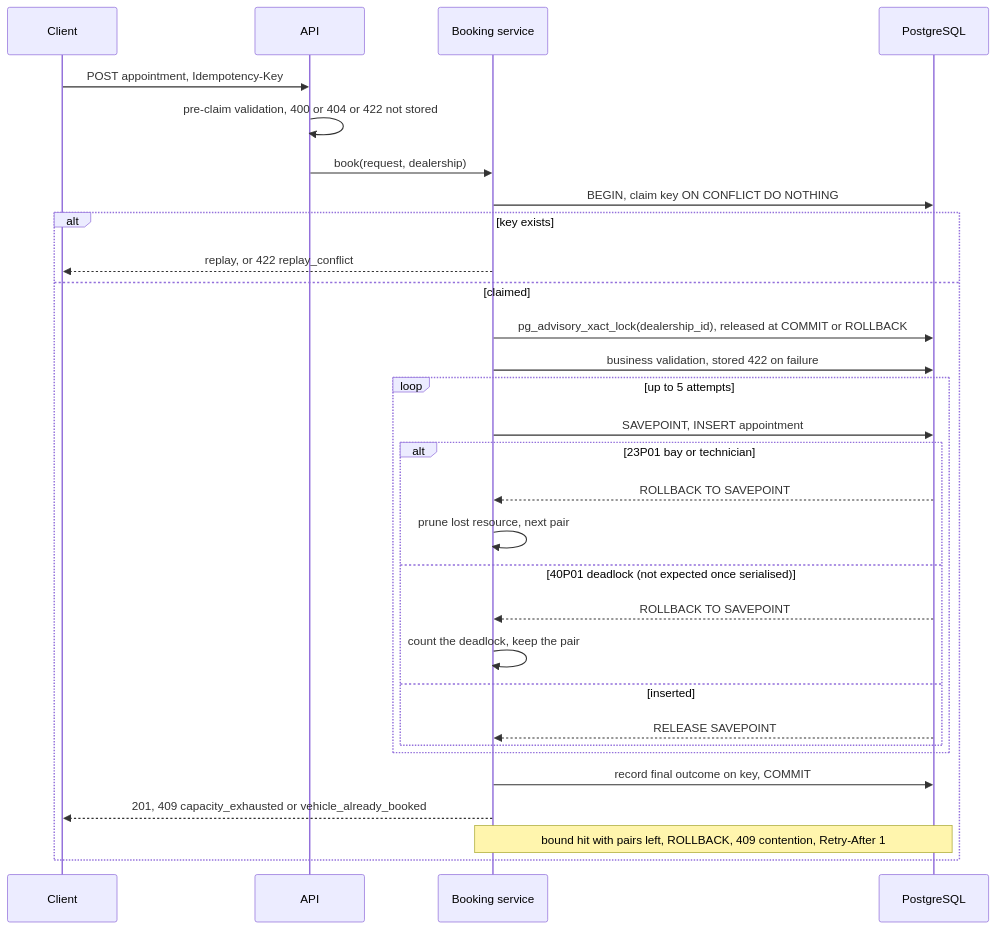
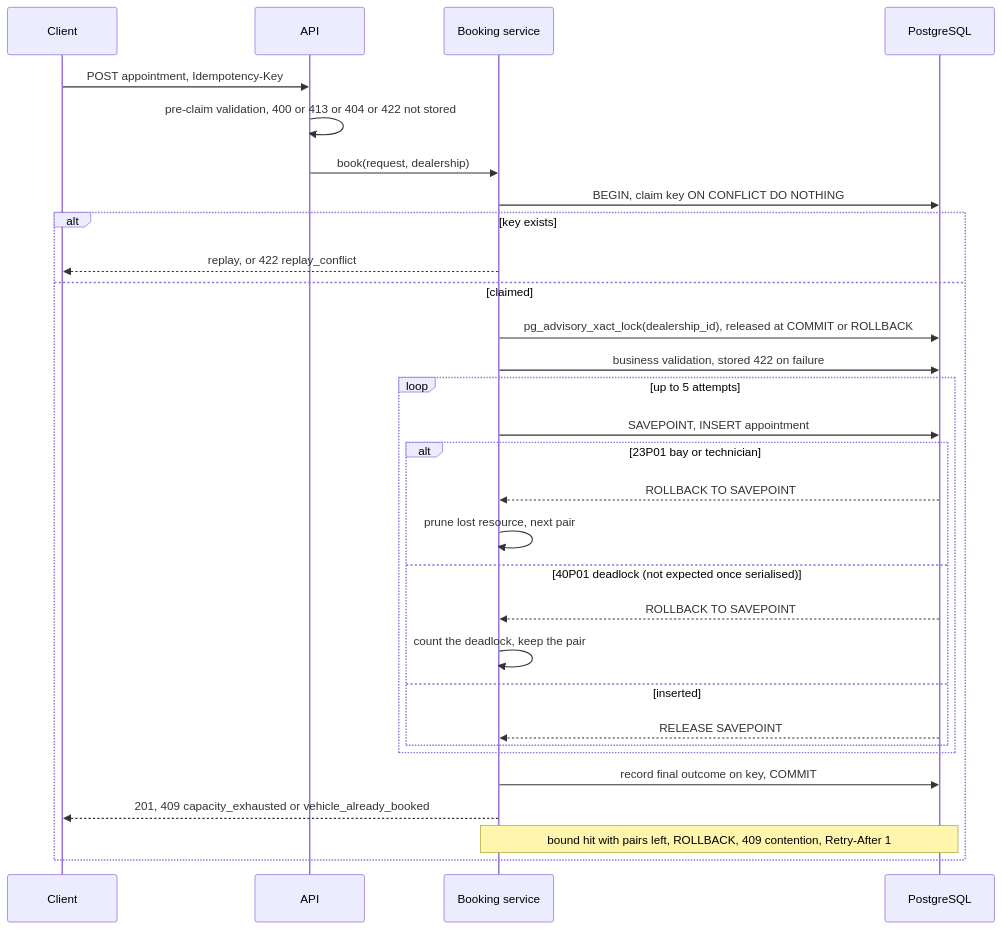
The third of 6 diagrams in docs/design.md (tpthian/keyloop-technical-assessment-scenario-a-backend), drawn with Mermaid before and after one commit. The commit also changed other lines of this file and 4 other files, not shown here.

Commit message:
SPEC-001 T20: 413 named in every pre-claim list; /docs gating stated as deferred; README counts (design §7, ADR-014)

````diff
--- a/docs/design.md
+++ b/docs/design.md
@@ -104,32 +104,32 @@
 ```mermaid
 sequenceDiagram
     participant C as Client
     participant A as API
     participant S as Booking service
     participant D as PostgreSQL
     C->>A: POST appointment, Idempotency-Key
-    A->>A: pre-claim validation, 400 or 404 or 422 not stored
+    A->>A: pre-claim validation, 400 or 413 or 404 or 422 not stored
     A->>S: book(request, dealership)
     S->>D: BEGIN, claim key ON CONFLICT DO NOTHING
     alt key exists
         S-->>C: replay, or 422 replay_conflict
     else claimed
         S->>D: pg_advisory_xact_lock(dealership_id), released at COMMIT or ROLLBACK
         S->>D: business validation, stored 422 on failure
         loop up to 5 attempts
             S->>D: SAVEPOINT, INSERT appointment
             alt 23P01 bay or technician
                 D-->>S: ROLLBACK TO SAVEPOINT
                 S->>S: prune lost resource, next pair
             else 40P01 deadlock (not expected once serialised)
                 D-->>S: ROLLBACK TO SAVEPOINT
                 S->>S: count the deadlock, keep the pair
             else inserted
                 D-->>S: RELEASE SAVEPOINT
             end
         end
         S->>D: record final outcome on key, COMMIT
         S-->>C: 201, 409 capacity_exhausted or vehicle_already_booked
         Note over S,D: bound hit with pairs left, ROLLBACK, 409 contention, Retry-After 1
     end
 ```
````
